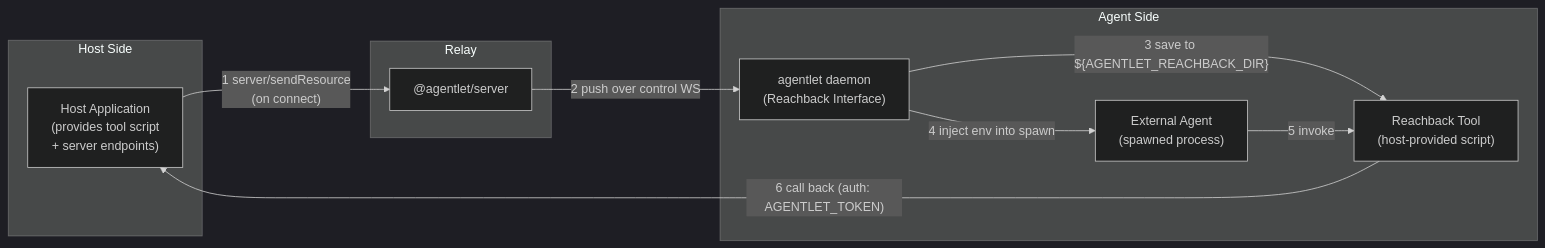
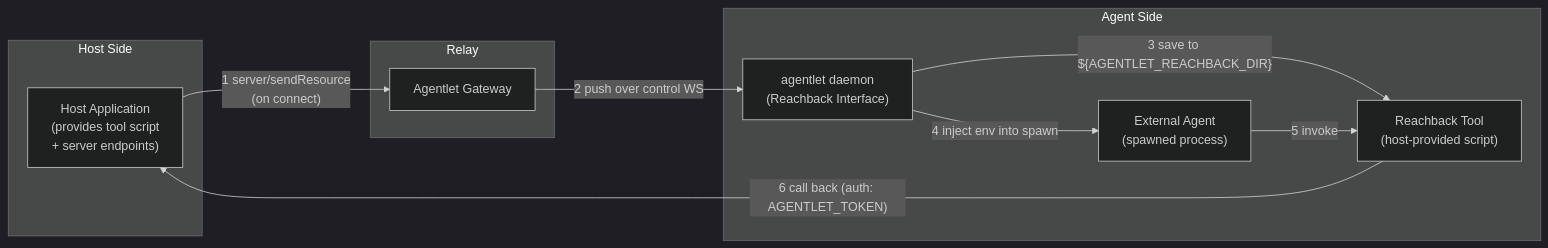
One commit to microsoft/Huabu changed the diagram in external/agentlet/spec/agent-reachback.md. Above: the diagram before and after it, drawn with Mermaid (dark theme). The commit also changed other lines of this file and 53 other files, not shown here.

Commit message:
refactor(agentlet): remove standalone server

````diff
--- a/external/agentlet/spec/agent-reachback.md
+++ b/external/agentlet/spec/agent-reachback.md
@@ -36,23 +36,23 @@
 ```mermaid
 flowchart LR
     subgraph host_side["Host Side"]
         HostApp["Host Application<br/>(provides tool script<br/>+ server endpoints)"]
     end
 
     subgraph relay["Relay"]
-        Server["@agentlet/server"]
+        Server["Agentlet Gateway"]
     end
 
     subgraph agent_side["Agent Side"]
         Daemon["agentlet daemon<br/>(Reachback Interface)"]
         Tool["Reachback Tool<br/>(host-provided script)"]
         Agent["External Agent<br/>(spawned process)"]
     end
 
     HostApp -->|"1 server/sendResource<br/>(on connect)"| Server
     Server -->|"2 push over control WS"| Daemon
     Daemon -->|"3 save to ${AGENTLET_REACHBACK_DIR}"| Tool
     Daemon -->|"4 inject env into spawn"| Agent
     Agent -->|"5 invoke"| Tool
     Tool -->|"6 call back (auth: AGENTLET_TOKEN)"| HostApp
 ```
````
